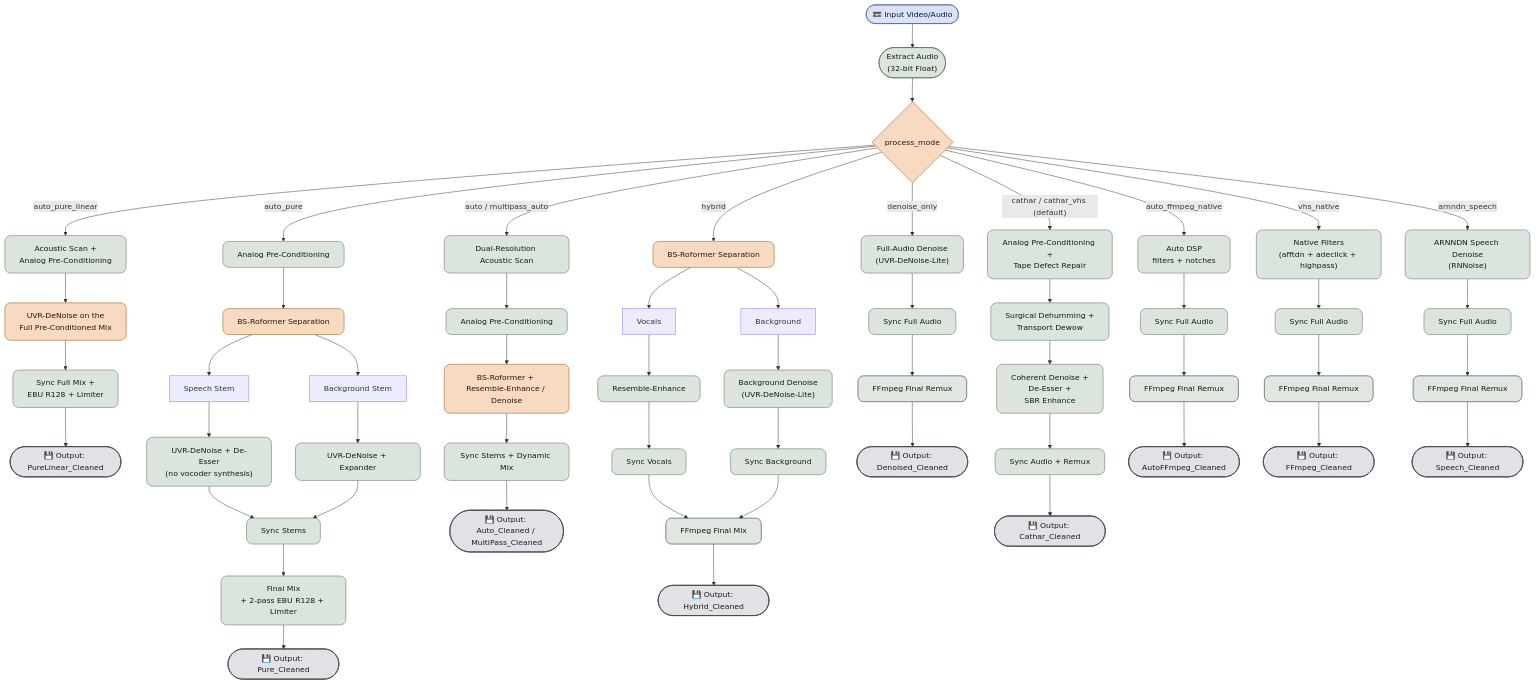
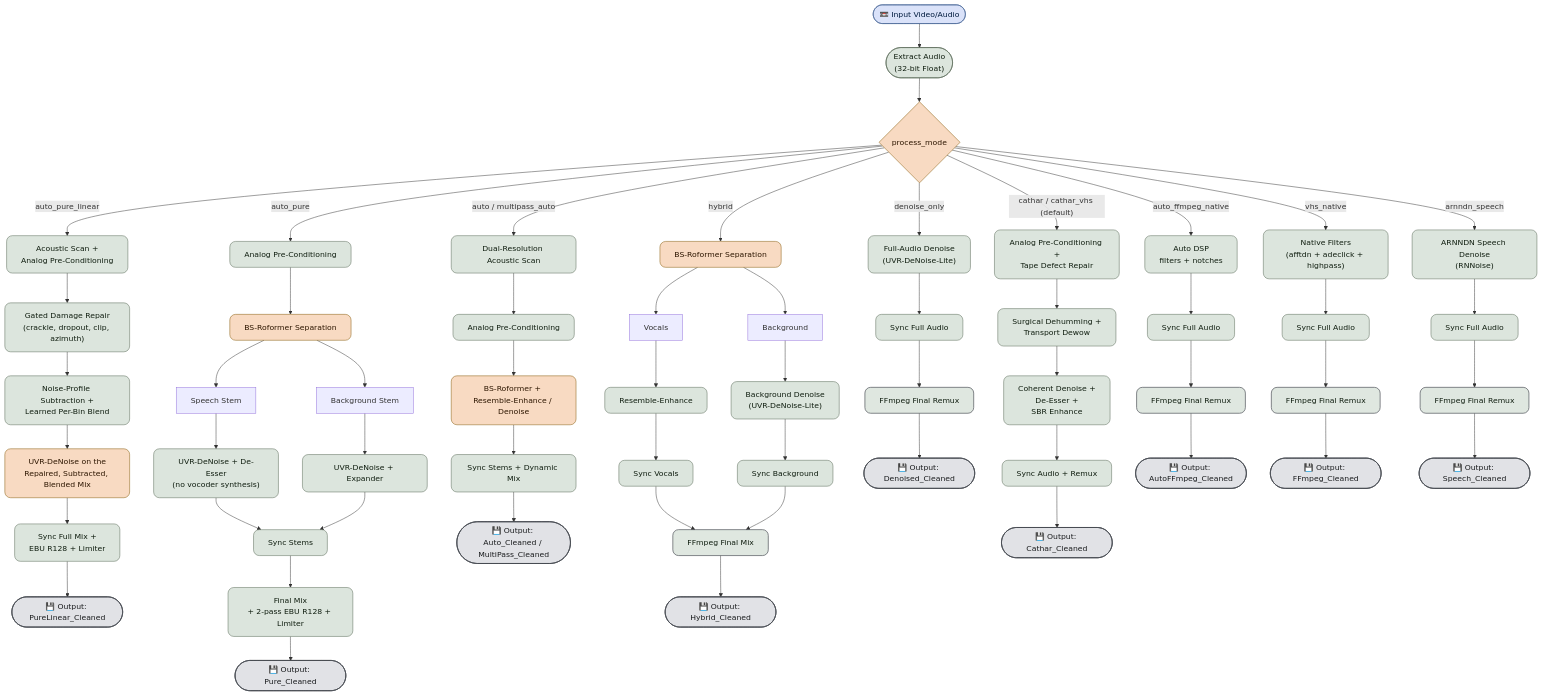
Before and after one commit to ventura8/AI-Hybrid-VHS-Audio-Restorer: the first of 2 diagrams in README.md, drawn with Mermaid. The commit also changed other lines of this file and 50 other files, not shown here.

````diff
--- a/README.md
+++ b/README.md
@@ -220,77 +226,79 @@
 ```mermaid
 flowchart TD
 %% Material You (Material 3) Muted Tonal Palette
 classDef input fill:#DAE2F9,stroke:#3F5F91,stroke-width:1px,color:#001B3E,rx:40,ry:40;
 classDef processing fill:#DCE5DD,stroke:#526350,stroke-width:1px,color:#101E10,rx:12,ry:12;
 classDef model fill:#F8DAC2,stroke:#825500,stroke-width:1px,color:#2D1600,rx:12,ry:12;
 classDef output fill:#E1E2E6,stroke:#44474E,stroke-width:1.5px,color:#1A1C1E,rx:40,ry:40;
 
 A(["📼 Input Video/Audio"]):::input --> B(["Extract Audio<br/>(32-bit Float)"]):::processing
 B --> MODE{"process_mode"}:::model
 
 MODE -->|"auto_pure_linear"| LP1["Acoustic Scan +<br/>Analog Pre-Conditioning"]:::processing
-LP1 --> LP2["UVR-DeNoise on the<br/>Full Pre-Conditioned Mix"]:::model
+LP1 --> LPR["Gated Damage Repair<br/>(crackle, dropout, clip, azimuth)"]:::processing
+LPR --> LPS["Noise-Profile Subtraction +<br/>Learned Per-Bin Blend"]:::processing
+LPS --> LP2["UVR-DeNoise on the<br/>Repaired, Subtracted, Blended Mix"]:::model
 LP2 --> LP3["Sync Full Mix +<br/>EBU R128 + Limiter"]:::processing
 LP3 --> LPOUT(["💾 Output: PureLinear_Cleaned"]):::output
 
 MODE -->|"auto_pure"| PP["Analog Pre-Conditioning"]:::processing
 PP --> PS["BS-Roformer Separation"]:::model
 PS --> PV["Speech Stem"]
 PS --> PB["Background Stem"]
 PV --> PVD["UVR-DeNoise + De-Esser<br/>(no vocoder synthesis)"]:::processing
 PB --> PBD["UVR-DeNoise + Expander"]:::processing
 PVD --> PSY["Sync Stems"]:::processing
 PBD --> PSY
 PSY --> PMIX["Final Mix<br/>+ 2-pass EBU R128 + Limiter"]:::processing
 PMIX --> POUT(["💾 Output: Pure_Cleaned"]):::output
 
 MODE -->|"auto / multipass_auto"| AP1["Dual-Resolution Acoustic Scan"]:::processing
 AP1 --> AP2["Analog Pre-Conditioning"]:::processing
 AP2 --> AP3["BS-Roformer + Resemble-Enhance / Denoise"]:::model
 AP3 --> AP4["Sync Stems + Dynamic Mix"]:::processing
 AP4 --> APOUT(["💾 Output: Auto_Cleaned / MultiPass_Cleaned"]):::output
 
 MODE -->|"hybrid"| RO["BS-Roformer Separation"]:::model
 RO --> V["Vocals"]
 RO --> I["Background"]
 V --> VE["Resemble-Enhance"]:::processing
 I --> BD["Background Denoise<br/>(UVR-DeNoise-Lite)"]:::processing
 VE --> SV["Sync Vocals"]:::processing
 BD --> SB["Sync Background"]:::processing
 SV --> HMIX["FFmpeg Final Mix"]:::processing
 SB --> HMIX
 HMIX --> HOUT(["💾 Output: Hybrid_Cleaned"]):::output
 
 MODE -->|"denoise_only"| FD["Full-Audio Denoise<br/>(UVR-DeNoise-Lite)"]:::processing
 FD --> FS["Sync Full Audio"]:::processing
 FS --> FMUX["FFmpeg Final Remux"]:::processing
 FMUX --> FOUT(["💾 Output: Denoised_Cleaned"]):::output
 
 MODE -->|"cathar / cathar_vhs (default)"| CP1["Analog Pre-Conditioning +<br/>Tape Defect Repair"]:::processing
 CP1 --> CP2["Surgical Dehumming +<br/>Transport Dewow"]:::processing
 CP2 --> CP3["Coherent Denoise +<br/>De-Esser +<br/>SBR Enhance"]:::processing
 CP3 --> CP4["Sync Audio + Remux"]:::processing
 CP4 --> CPOUT(["💾 Output: Cathar_Cleaned"]):::output
 
 MODE -->|"auto_ffmpeg_native"| AFN["Auto DSP<br/>filters + notches"]:::processing
 AFN --> AFS["Sync Full Audio"]:::processing
 AFS --> AFMIX["FFmpeg Final Remux"]:::processing
 AFMIX --> AFOUT(["💾 Output: AutoFFmpeg_Cleaned"]):::output
 
 MODE -->|"vhs_native"| VN["Native Filters<br/>(afftdn + adeclick + highpass)"]:::processing
 VN --> VS["Sync Full Audio"]:::processing
 VS --> VMUX["FFmpeg Final Remux"]:::processing
 VMUX --> VOUT(["💾 Output: FFmpeg_Cleaned"]):::output
 
 MODE -->|"arnndn_speech"| SN["ARNNDN Speech Denoise<br/>(RNNoise)"]:::processing
 SN --> SS["Sync Full Audio"]:::processing
 SS --> SMUX["FFmpeg Final Remux"]:::processing
 SMUX --> SOUT(["💾 Output: Speech_Cleaned"]):::output
 
 %% Material You Subgraph Styling (Subtle Contours)
 style HMIX fill:#DCE5DD,stroke:#44474E,stroke-width:1.5px,opacity:0.9
 style FMUX fill:#DCE5DD,stroke:#44474E,stroke-width:1.5px,opacity:0.9
 style AFMIX fill:#DCE5DD,stroke:#44474E,stroke-width:1.5px,opacity:0.9
 style VMUX fill:#DCE5DD,stroke:#44474E,stroke-width:1.5px,opacity:0.9
 style SMUX fill:#DCE5DD,stroke:#44474E,stroke-width:1.5px,opacity:0.9
 ```
````
